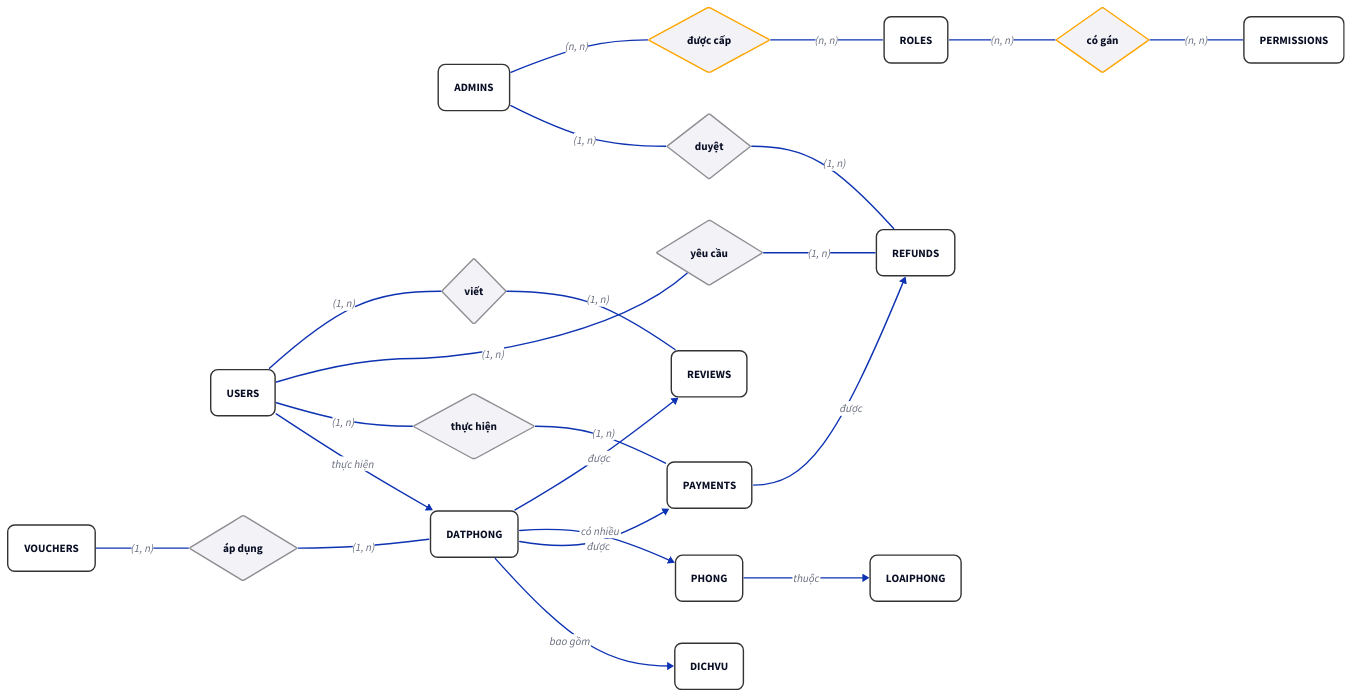
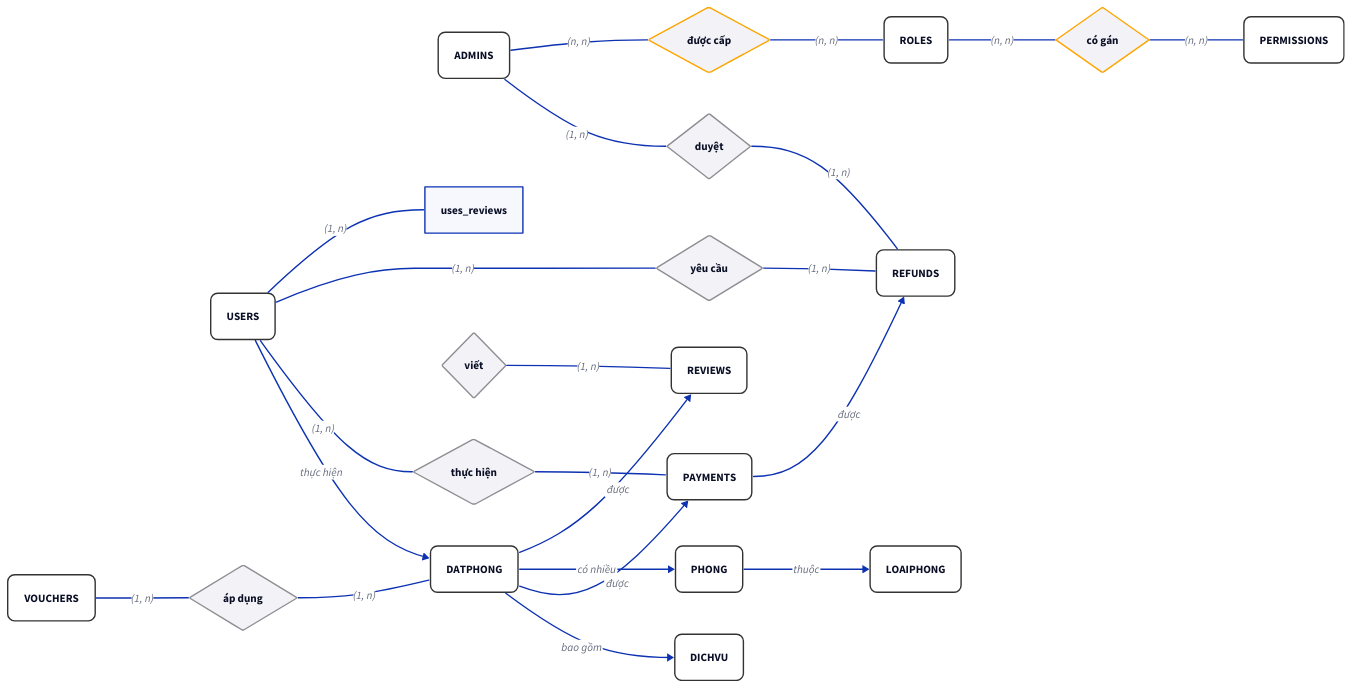
The diagram in baocao/content/diagrams/ch02-concept-erd.d2 (sam-uit/ie103-project-report), drawn with D2 before and after one commit.

```diff
--- a/baocao/content/diagrams/ch02-concept-erd.d2
+++ b/baocao/content/diagrams/ch02-concept-erd.d2
@@ -1,86 +1,86 @@
 direction: right
 
 # --- 0. STYLES ---
 style: {
   opacity: 0.0
   fill: transparent
 }
 
 # --- 1. SETTINGS ---
 classes: {
   entity: {
     shape: rectangle
     style: {border-radius: 10; fill: "#FFFFFF"; stroke: "#333333"}
   }
   rel: {
     shape: diamond
     style: {fill: "#F2F2F7"; stroke: "#8E8E93"}
   }
   attr: {
     shape: oval
     # width: 100; height: 50
     style: {fill: "#F0F8FF"; stroke: "#4682B4"; stroke-dash: 3}
   }
 }
 
 # --- 2. ENTITIES ---
 ADMINS: {class: entity; label: "ADMINS"}
 DATPHONG: {class: entity; label: "DATPHONG"}
 DICHVU: {class: entity; label: "DICHVU"}
 LOAIPHONG: {class: entity; label: "LOAIPHONG"}
 PAYMENTS: {class: entity; label: "PAYMENTS"}
 PERMISSIONS: {class: entity; label: "PERMISSIONS"}
 PHONG: {class: entity; label: "PHONG"}
 REFUNDS: {class: entity; label: "REFUNDS"}
 REVIEWS: {class: entity; label: "REVIEWS"}
 ROLES: {class: entity; label: "ROLES"}
 USERS: {class: entity; label: "USERS"}
 VOUCHERS: {class: entity; label: "VOUCHERS"}
 
 # --- 3. RELATIONSHIPS ---
 # ngôn ngữ "tự nhiên"
 
 # ADMINS -> REFUNDS: duyệt
-admin_approve_refund: {class: rel; label: "duyệt"}
-ADMINS -- admin_approve_refund: (1, n)
-admin_approve_refund -- REFUNDS: (1, n)
+admins_refunds: {class: rel; label: "duyệt"}
+ADMINS -- admins_refunds: (1, n)
+admins_refunds -- REFUNDS: (1, n)
 
 # ADMINS -> ROLES: được cấp
 # n - n: viền cam
-admin_role: {class: rel; label: "được cấp"; style: {stroke: orange}}
-ADMINS -- admin_role: (n, n)
-admin_role -- ROLES: (n, n)
+admins_roles: {class: rel; label: "được cấp"; style: {stroke: orange}}
+ADMINS -- admins_roles: (n, n)
+admins_roles -- ROLES: (n, n)
 
 DATPHONG -> DICHVU: bao gồm
 DATPHONG -> PAYMENTS: được
 DATPHONG -> PHONG: có nhiều
 DATPHONG -> REVIEWS: được
 LOAIPHONG <- PHONG: thuộc
 PAYMENTS -> REFUNDS: được
 
 # ROLES -> PERMISSIONS: có các
-role_permission: {class: rel; label: "có gán"; style: {stroke: orange}}
-ROLES -- role_permission: (n, n)
-role_permission -- PERMISSIONS: (n, n)
+roles_permission: {class: rel; label: "có gán"; style: {stroke: orange}}
+ROLES -- roles_permission: (n, n)
+roles_permission -- PERMISSIONS: (n, n)
 
 USERS -> DATPHONG: thực hiện
 
 # USERS -> PAYMENTS: thực hiện
 users_payment: {class: rel; label: "thực hiện"}
 USERS -- users_payment: (1, n)
 users_payment -- PAYMENTS: (1, n)
 
 # USERS -> REFUNDS: yêu cầu
 users_refunds: {class: rel; label: "yêu cầu"}
 USERS -- users_refunds: (1, n)
 users_refunds -- REFUNDS: (1, n)
 
 # USERS -> REVIEWS: viết
-user_reviews: {class: rel; label: "viết"}
-USERS -- user_reviews: (1, n)
-user_reviews -- REVIEWS: (1, n)
+users_reviews: {class: rel; label: "viết"}
+USERS -- uses_reviews: (1, n)
+users_reviews -- REVIEWS: (1, n)
 
 # VOUCHERS -> DATPHONG: áp dụng cho
-voucher_datphong: {class: rel; label: "áp dụng"}
-VOUCHERS -- voucher_datphong: (1, n)
-voucher_datphong -- DATPHONG: (1, n)
+vouchers_datphong: {class: rel; label: "áp dụng"}
+VOUCHERS -- vouchers_datphong: (1, n)
+vouchers_datphong -- DATPHONG: (1, n)
```
